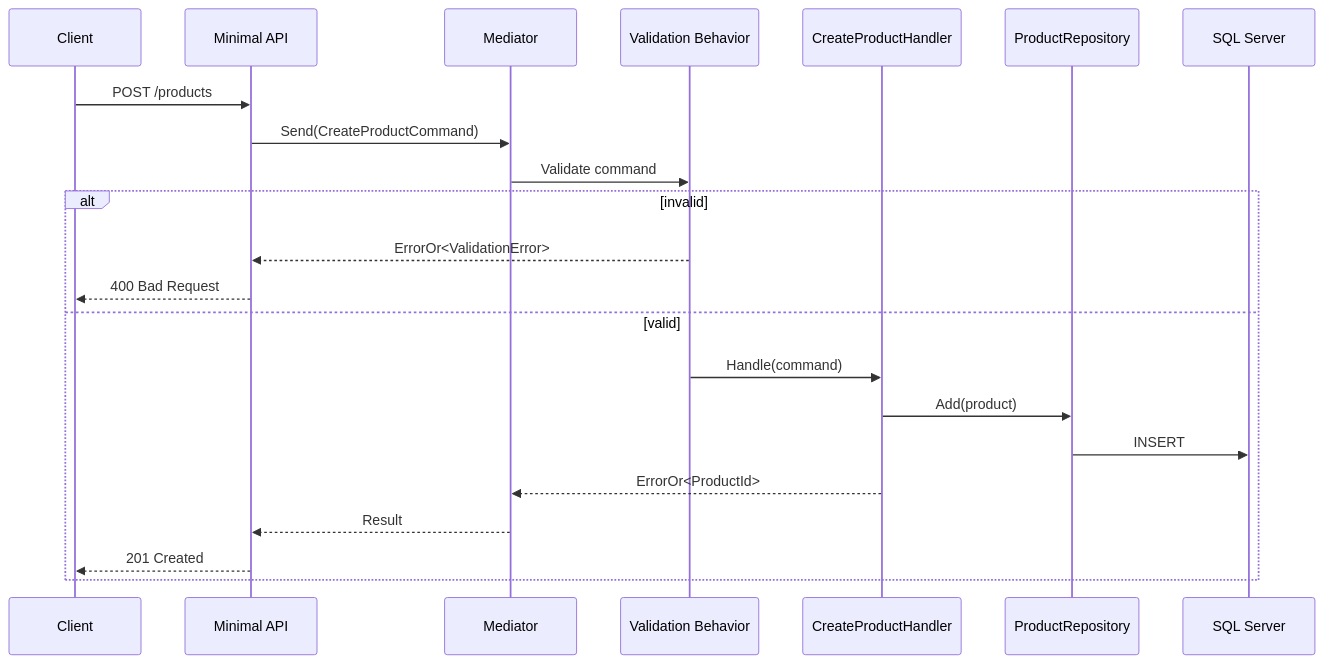
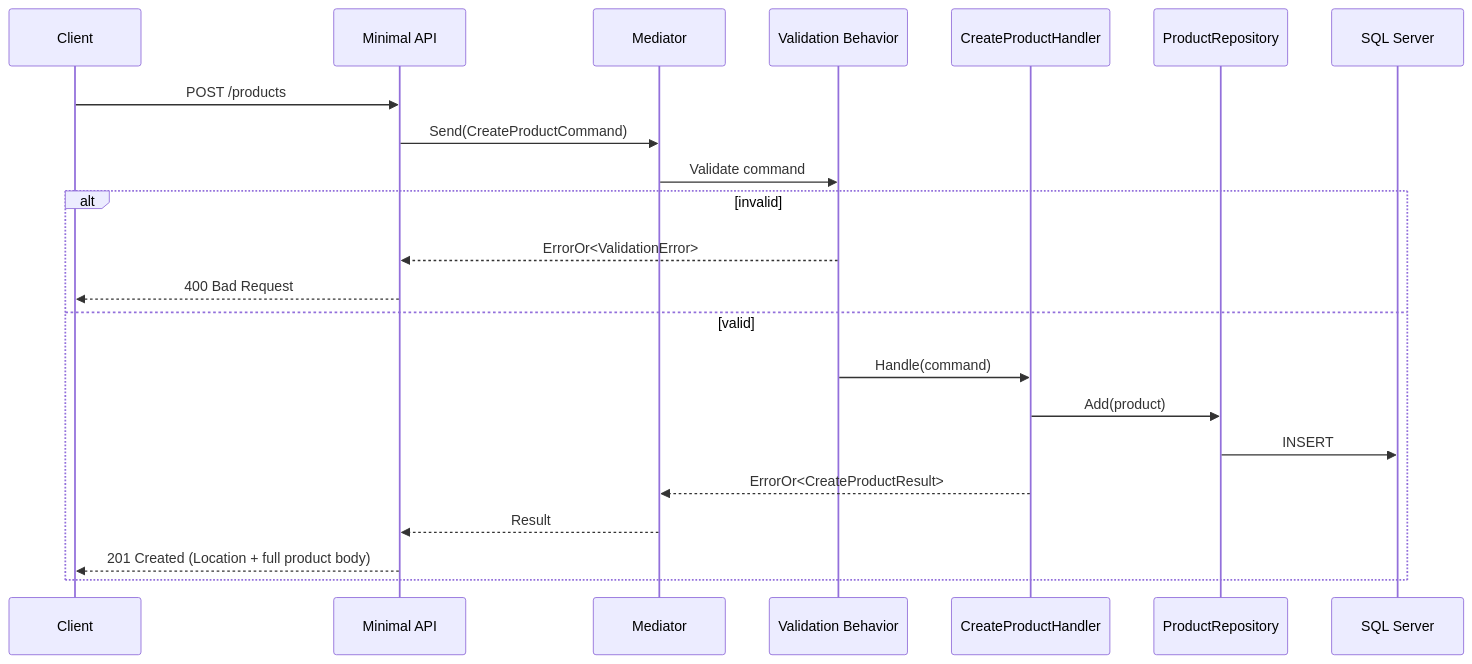
The second of 2 diagrams in docs/architecture.md (grabreu/product-catalog), drawn with Mermaid before and after one commit. The commit also changed other lines of this file and 66 other files, not shown here.

Commit message:
feat: implement CreateProduct end-to-end, drop Aspire for plain Minimal API

````diff
--- a/docs/architecture.md
+++ b/docs/architecture.md
@@ -47,25 +76,25 @@
 ```mermaid
 sequenceDiagram
     participant Client
     participant Api as Minimal API
     participant Mediator
     participant Validation as Validation Behavior
     participant Handler as CreateProductHandler
     participant Repo as ProductRepository
     participant DB as SQL Server
 
     Client->>Api: POST /products
     Api->>Mediator: Send(CreateProductCommand)
     Mediator->>Validation: Validate command
     alt invalid
         Validation-->>Api: ErrorOr<ValidationError>
         Api-->>Client: 400 Bad Request
     else valid
         Validation->>Handler: Handle(command)
         Handler->>Repo: Add(product)
         Repo->>DB: INSERT
-        Handler-->>Mediator: ErrorOr<ProductId>
+        Handler-->>Mediator: ErrorOr<CreateProductResult>
         Mediator-->>Api: Result
-        Api-->>Client: 201 Created
+        Api-->>Client: 201 Created (Location + full product body)
     end
 ```
````
